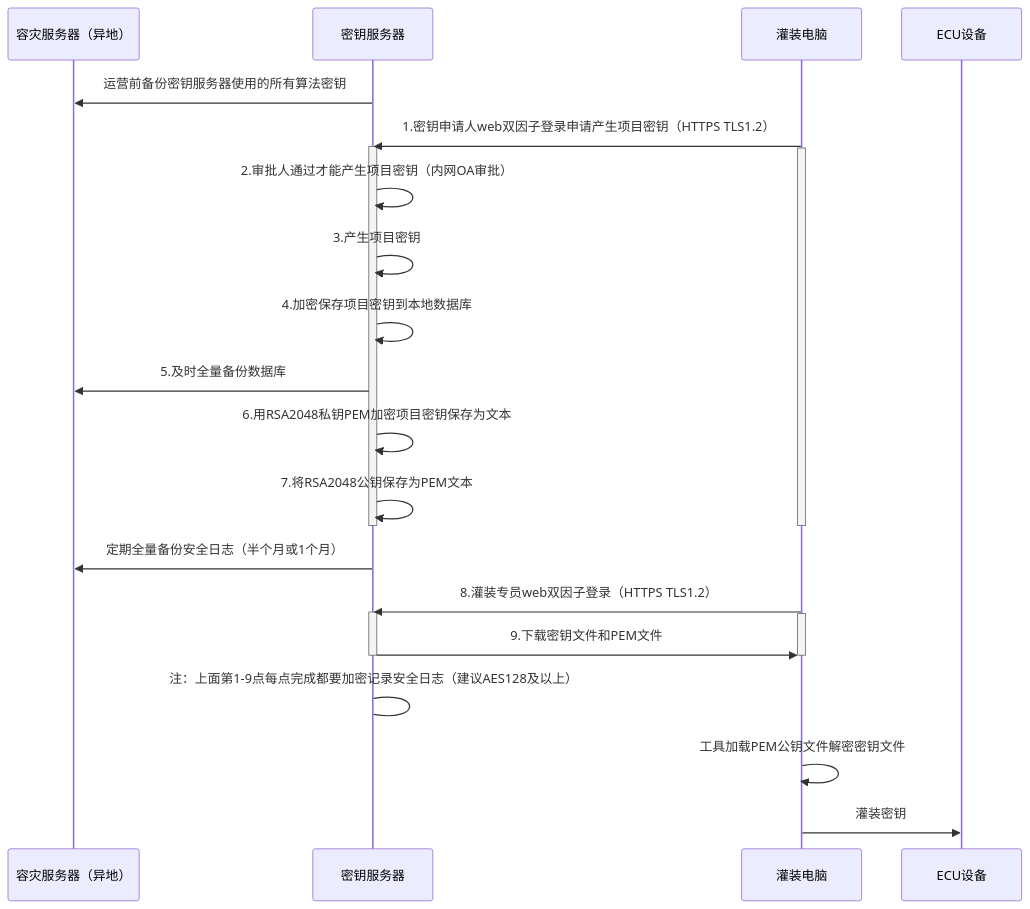
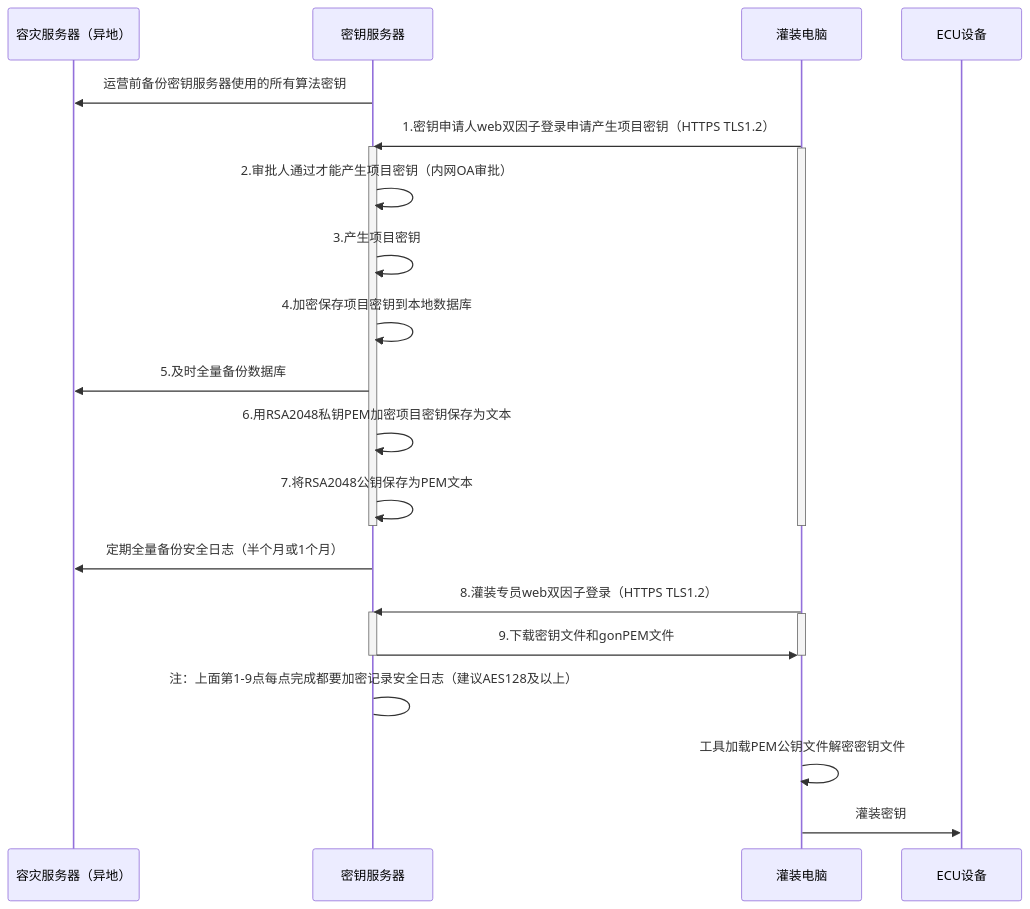
One commit to facebook-cloud/iodraw-files changed the diagram in all/未命名-15.md. Above: the diagram before and after it, drawn with Mermaid.

Commit message:
2026-02-13 10:58:09 update

````diff
--- a/all/未命名-15.md
+++ b/all/未命名-15.md
@@ -1,34 +1,34 @@
 ```mermaid
 sequenceDiagram
     participant A as 容灾服务器（异地）
     participant B as 密钥服务器
     participant D as 灌装电脑
     participant E as ECU设备
 
     B->>A: 运营前备份密钥服务器使用的所有算法密钥
     D->>B: 1.密钥申请人web双因子登录申请产生项目密钥（HTTPS TLS1.2）
     activate B
     activate D
     B->>B: 2.审批人通过才能产生项目密钥（内网OA审批）
     B->>B: 3.产生项目密钥
     B->>B: 4.加密保存项目密钥到本地数据库
     B->>A: 5.及时全量备份数据库
     B->>B: 6.用RSA2048私钥PEM加密项目密钥保存为文本
     B->>B: 7.将RSA2048公钥保存为PEM文本
     deactivate B
     deactivate D
 
     B->>A: 定期全量备份安全日志（半个月或1个月）
     
     D->>B: 8.灌装专员web双因子登录（HTTPS TLS1.2）
     activate B
     activate D
-    B->>D: 9.下载密钥文件和PEM文件
+    B->>D: 9.下载密钥文件和gonPEM文件
     deactivate B
     deactivate D
     B->B: 注：上面第1-9点每点完成都要加密记录安全日志（建议AES128及以上）
 
     D->>D:工具加载PEM公钥文件解密密钥文件
     
     D->>E: 灌装密钥
 ```
````
